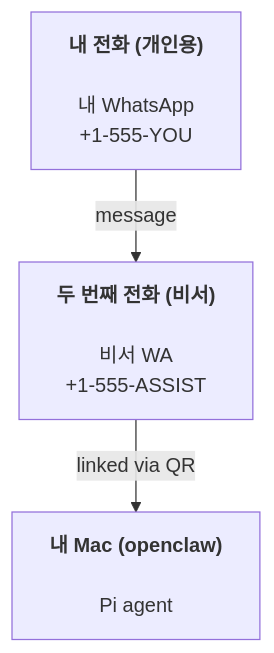
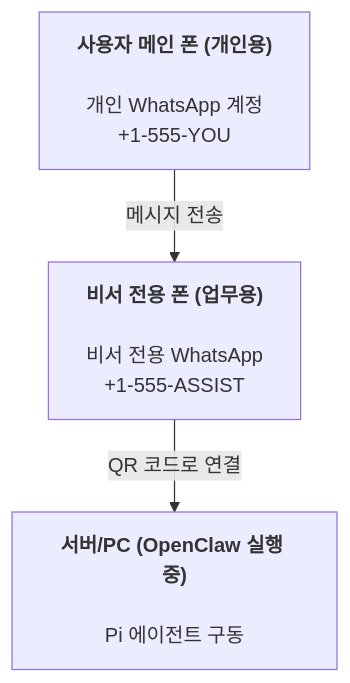
Before and after one commit to cabbagehao/openclawDoc: the diagram in docs/ko-KR/start/openclaw.md, drawn with Mermaid. The commit also changed other lines of this file and 149 other files, not shown here.

````diff
--- a/docs/ko-KR/start/openclaw.md
+++ b/docs/ko-KR/start/openclaw.md
@@ -44,5 +38,5 @@
 ```mermaid
 flowchart TB
-    A["<b>내 전화 (개인용)<br></b><br>내 WhatsApp<br>+1-555-YOU"] -- message --> B["<b>두 번째 전화 (비서)<br></b><br>비서 WA<br>+1-555-ASSIST"]
-    B -- linked via QR --> C["<b>내 Mac (openclaw)<br></b><br>Pi agent"]
+    A["<b>사용자 메인 폰 (개인용)<br></b><br>개인 WhatsApp 계정<br>+1-555-YOU"] -- 메시지 전송 --> B["<b>비서 전용 폰 (업무용)<br></b><br>비서 전용 WhatsApp<br>+1-555-ASSIST"]
+    B -- QR 코드로 연결 --> C["<b>서버/PC (OpenClaw 실행 중)<br></b><br>Pi 에이전트 구동"]
 ```
````
